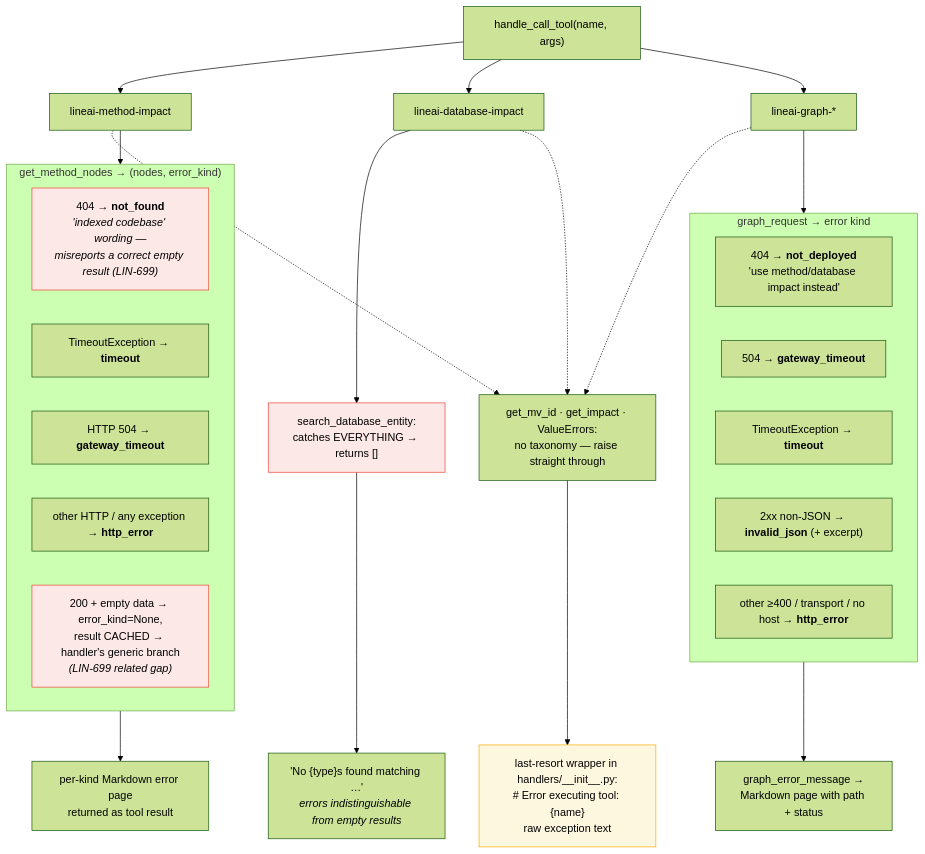
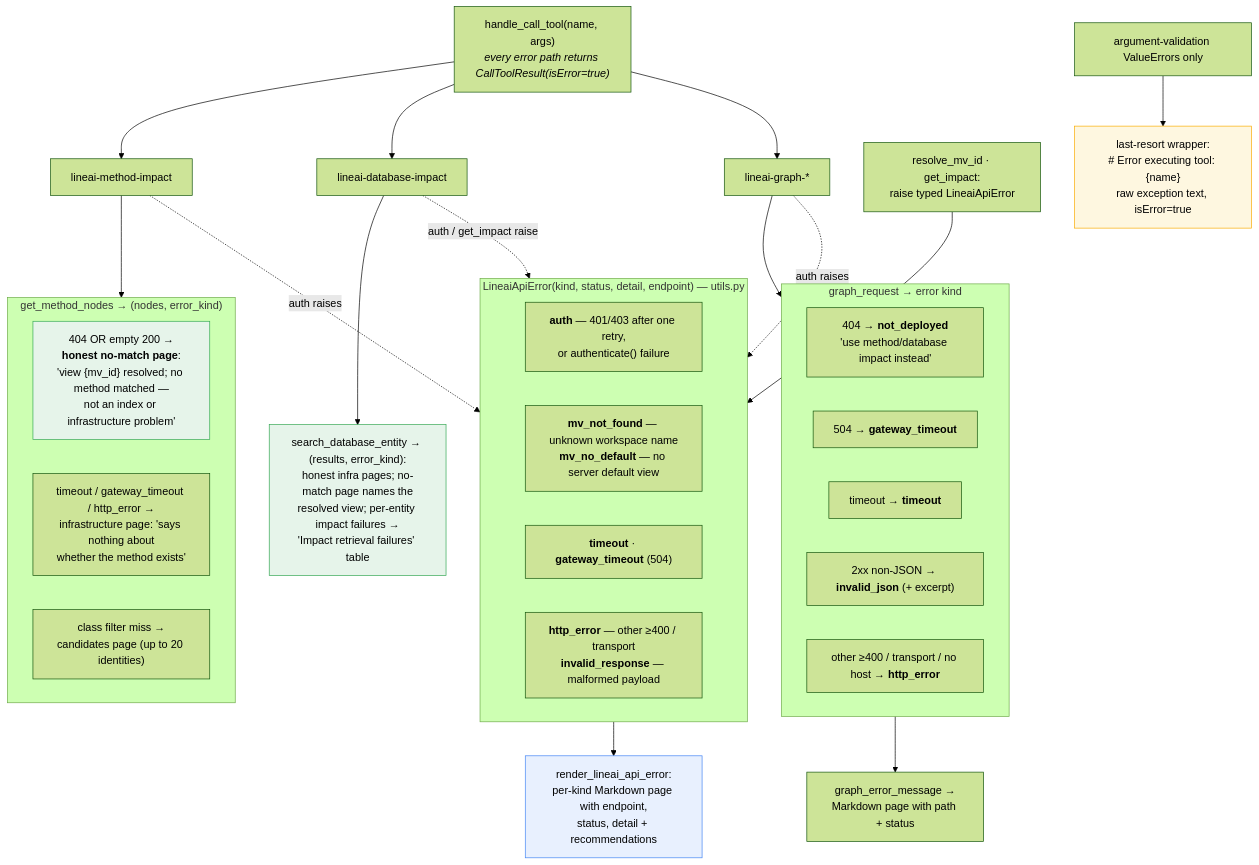
The fifth of 5 diagrams in docs/architecture-diagrams.md (lineai-intelligence/lineai-mcp-server), drawn with Mermaid (forest theme) before and after one commit. The commit also changed other lines of this file and 3 other files, not shown here.

First line of the commit message:
LIN-699 docs: align architecture docs and README with the merged code

````diff
--- a/docs/architecture-diagrams.md
+++ b/docs/architecture-diagrams.md
@@ -179,40 +206,44 @@
 ```mermaid
 flowchart TD
-    TC["handle_call_tool(name, args)"] --> MI["lineai-method-impact"]
+    TC["handle_call_tool(name, args)<br/><i>every error path returns CallToolResult(isError=true)</i>"] --> MI["lineai-method-impact"]
     TC --> DI["lineai-database-impact"]
     TC --> GT["lineai-graph-*"]
 
+    subgraph API["LineaiApiError(kind, status, detail, endpoint) — utils.py"]
+        KA["<b>auth</b> — 401/403 after one retry,<br/>or authenticate() failure"]
+        KMV["<b>mv_not_found</b> — unknown workspace name<br/><b>mv_no_default</b> — no server default view"]
+        KT["<b>timeout</b> · <b>gateway_timeout</b> (504)"]
+        KH["<b>http_error</b> — other ≥400 / transport<br/><b>invalid_response</b> — malformed payload"]
+    end
+    API --> DPAGE["render_lineai_api_error:<br/>per-kind Markdown page with endpoint,<br/>status, detail + recommendations"]
+
     subgraph MIK["get_method_nodes → (nodes, error_kind)"]
-        K404["404 → <b>not_found</b><br/><i>'indexed codebase' wording —<br/>misreports a correct empty result (LIN-699)</i>"]
-        KTO["TimeoutException → <b>timeout</b>"]
-        K504["HTTP 504 → <b>gateway_timeout</b>"]
-        KERR["other HTTP / any exception → <b>http_error</b>"]
-        KEMPTY["200 + empty data → error_kind=None,<br/>result CACHED → handler's generic branch<br/><i>(LIN-699 related gap)</i>"]
+        KOK["404 OR empty 200 →<br/><b>honest no-match page</b>:<br/>'view {mv_id} resolved; no method matched —<br/>not an index or infrastructure problem'"]
+        KINfra["timeout / gateway_timeout / http_error →<br/>infrastructure page: 'says nothing about<br/>whether the method exists'"]
+        KCLASS["class filter miss →<br/>candidates page (up to 20 identities)"]
     end
     MI --> MIK
-    MIK --> MIPAGE["per-kind Markdown error page<br/>returned as tool result"]
+    MI -. "auth raises" .-> API
 
-    DI --> DSE["search_database_entity:<br/>catches EVERYTHING → returns []"]
-    DSE --> DIPAGE["'No {type}s found matching …'<br/><i>errors indistinguishable from empty results</i>"]
+    DI --> DSE["search_database_entity → (results, error_kind):<br/>honest infra pages; no-match page names the<br/>resolved view; per-entity impact failures →<br/>'Impact retrieval failures' table"]
+    DI -. "auth / get_impact raise" .-> API
 
     subgraph GTK["graph_request → error kind"]
         G404["404 → <b>not_deployed</b><br/>'use method/database impact instead'"]
         G504["504 → <b>gateway_timeout</b>"]
-        GTO["TimeoutException → <b>timeout</b>"]
+        GTO["timeout → <b>timeout</b>"]
         GJSON["2xx non-JSON → <b>invalid_json</b> (+ excerpt)"]
         GERR["other ≥400 / transport / no host → <b>http_error</b>"]
     end
     GT --> GTK
+    GT -. "auth raises" .-> API
     GTK --> GTPAGE["graph_error_message →<br/>Markdown page with path + status"]
 
-    UNTYPED["get_mv_id · get_impact · ValueErrors:<br/>no taxonomy — raise straight through"]
-    MI -.-> UNTYPED
-    DI -.-> UNTYPED
-    GT -.-> UNTYPED
-    UNTYPED --> WRAP["last-resort wrapper in handlers/__init__.py:<br/># Error executing tool: {name}<br/>raw exception text"]
+    MVRES["resolve_mv_id · get_impact:<br/>raise typed LineaiApiError"] --> API
+    UNTYPED["argument-validation ValueErrors only"] --> WRAP["last-resort wrapper:<br/># Error executing tool: {name}<br/>raw exception text, isError=true"]
 
-    style K404 fill:#fce8e6,stroke:#ea4335
-    style KEMPTY fill:#fce8e6,stroke:#ea4335
-    style DSE fill:#fce8e6,stroke:#ea4335
+    style KOK fill:#e6f4ea,stroke:#34a853
+    style DSE fill:#e6f4ea,stroke:#34a853
+    style DPAGE fill:#e8f0fe,stroke:#4285f4
     style WRAP fill:#fef7e0,stroke:#f9ab00
 ```
````
